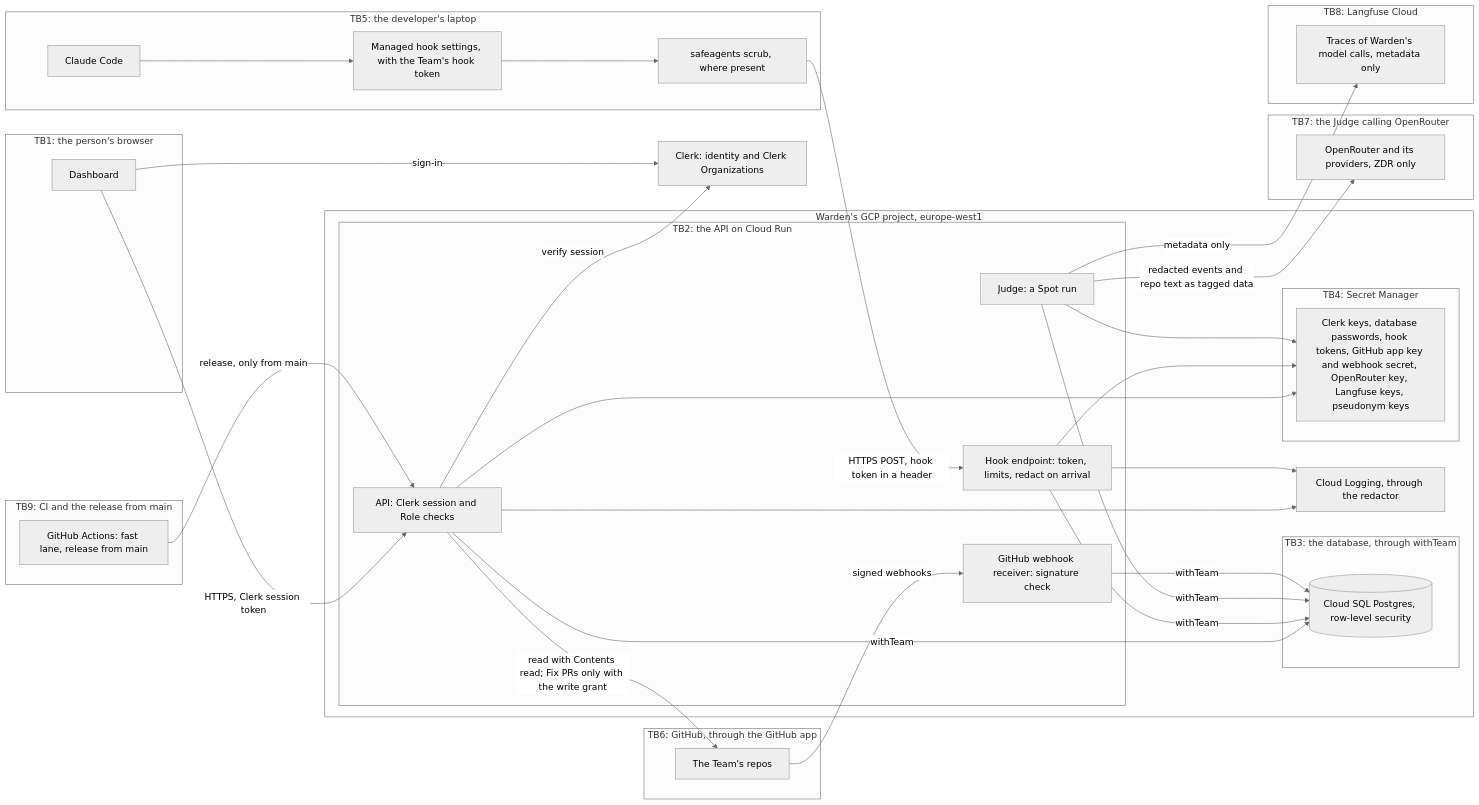
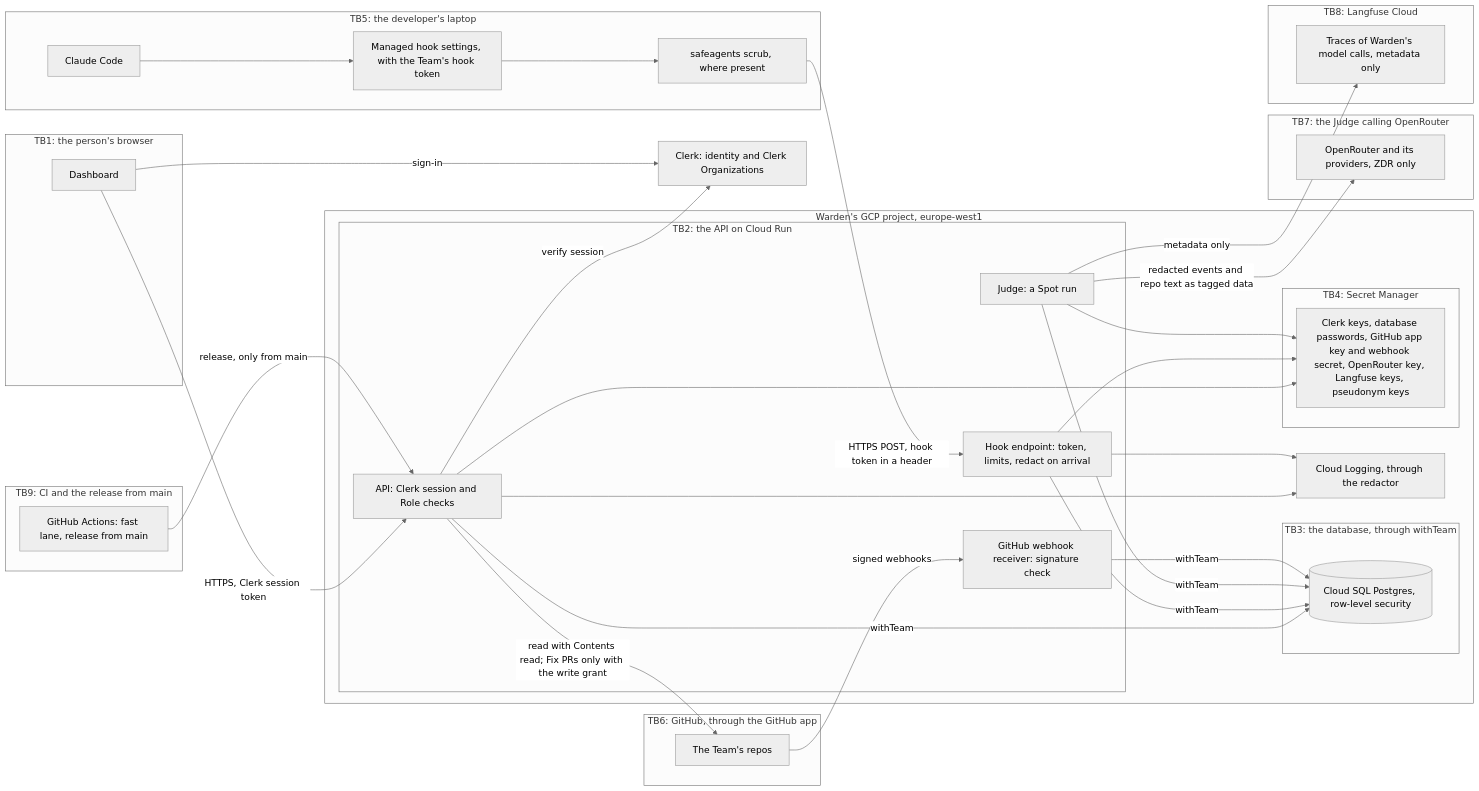
One commit to DerykHopley/warden changed the diagram in docs/threat-model.md. Above: the diagram before and after it, drawn with Mermaid (neutral theme). The commit also changed other lines of this file and 11 other files, not shown here.

````diff
--- a/docs/threat-model.md
+++ b/docs/threat-model.md
@@ -30,67 +30,67 @@
 ```mermaid
 flowchart LR
   subgraph TB1["TB1: the person's browser"]
     UI["Dashboard"]
   end
 
   subgraph TB5["TB5: the developer's laptop"]
     CC["Claude Code"]
     MH["Managed hook settings, with the Team's hook token"]
     SA["safeagents scrub, where present"]
     CC --> MH
     MH --> SA
   end
 
   subgraph GCP["Warden's GCP project, europe-west1"]
     subgraph TB2["TB2: the API on Cloud Run"]
       API["API: Clerk session and Role checks"]
       HOOK["Hook endpoint: token, limits, redact on arrival"]
       WH["GitHub webhook receiver: signature check"]
       JUDGE["Judge: a Spot run"]
     end
     subgraph TB3["TB3: the database, through withTeam"]
       DB[("Cloud SQL Postgres, row-level security")]
     end
     subgraph TB4["TB4: Secret Manager"]
-      SM["Clerk keys, database passwords, hook tokens, GitHub app key and webhook secret, OpenRouter key, Langfuse keys, pseudonym keys"]
+      SM["Clerk keys, database passwords, GitHub app key and webhook secret, OpenRouter key, Langfuse keys, pseudonym keys"]
     end
     LOG["Cloud Logging, through the redactor"]
   end
 
   subgraph TB6["TB6: GitHub, through the GitHub app"]
     GH["The Team's repos"]
   end
 
   subgraph TB7["TB7: the Judge calling OpenRouter"]
     OR["OpenRouter and its providers, ZDR only"]
   end
 
   subgraph TB8["TB8: Langfuse Cloud"]
     LF["Traces of Warden's model calls, metadata only"]
   end
 
   subgraph TB9["TB9: CI and the release from main"]
     CI["GitHub Actions: fast lane, release from main"]
   end
 
   CLERK["Clerk: identity and Clerk Organizations"]
 
   UI -->|"HTTPS, Clerk session token"| API
   UI -->|"sign-in"| CLERK
   API -->|"verify session"| CLERK
   SA -->|"HTTPS POST, hook token in a header"| HOOK
   API -->|"withTeam"| DB
   HOOK -->|"withTeam"| DB
   JUDGE -->|"withTeam"| DB
   WH -->|"withTeam"| DB
   API --> SM
   HOOK --> SM
   JUDGE --> SM
   GH -->|"signed webhooks"| WH
   API -->|"read with Contents read; Fix PRs only with the write grant"| GH
   JUDGE -->|"redacted events and repo text as tagged data"| OR
   JUDGE -->|"metadata only"| LF
   API --> LOG
   HOOK --> LOG
   CI -->|"release, only from main"| API
 ```
````
